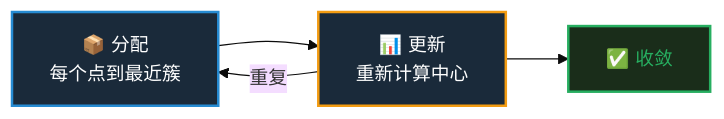
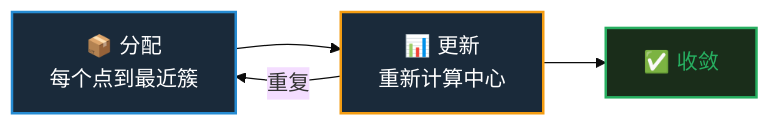
Before and after one commit to YangYibiao/yangyibiao.github.io: the third of 3 diagrams in datamining/slides/03_kmeans.md, drawn with Mermaid. The commit also changed other lines of this file and 13 other files, not shown here.

First line of the commit message:
datamining: add course index page; polish decks (layout, emphasis, font-size floor)

````diff
--- a/datamining/slides/03_kmeans.md
+++ b/datamining/slides/03_kmeans.md
@@ -592,12 +594,12 @@
 ```mermaid
-%%{init: { 'theme': 'base', 'themeVariables': { 'fontSize': '15px' } } }%%
+%%{init: { 'theme': 'base', 'themeVariables': { 'fontSize': '17px', 'fontFamily': 'LXGWWenKai, \"Noto Sans SC\", sans-serif' } } }%%
 flowchart LR
     A["📦 分配<br/>每个点到最近簇"]
     --> B["📊 更新<br/>重新计算中心"]
     B -->|重复| A
     B --> C["✅ 收敛"]
 
     style A fill:#1a2a3a,stroke:#268bd2,stroke-width:2px,color:#fff
     style B fill:#1a2a3a,stroke:#f39c12,stroke-width:2px,color:#fff
     style C fill:#1a2d1a,stroke:#27ae60,stroke-width:2px,color:#27ae60
 ```
````
